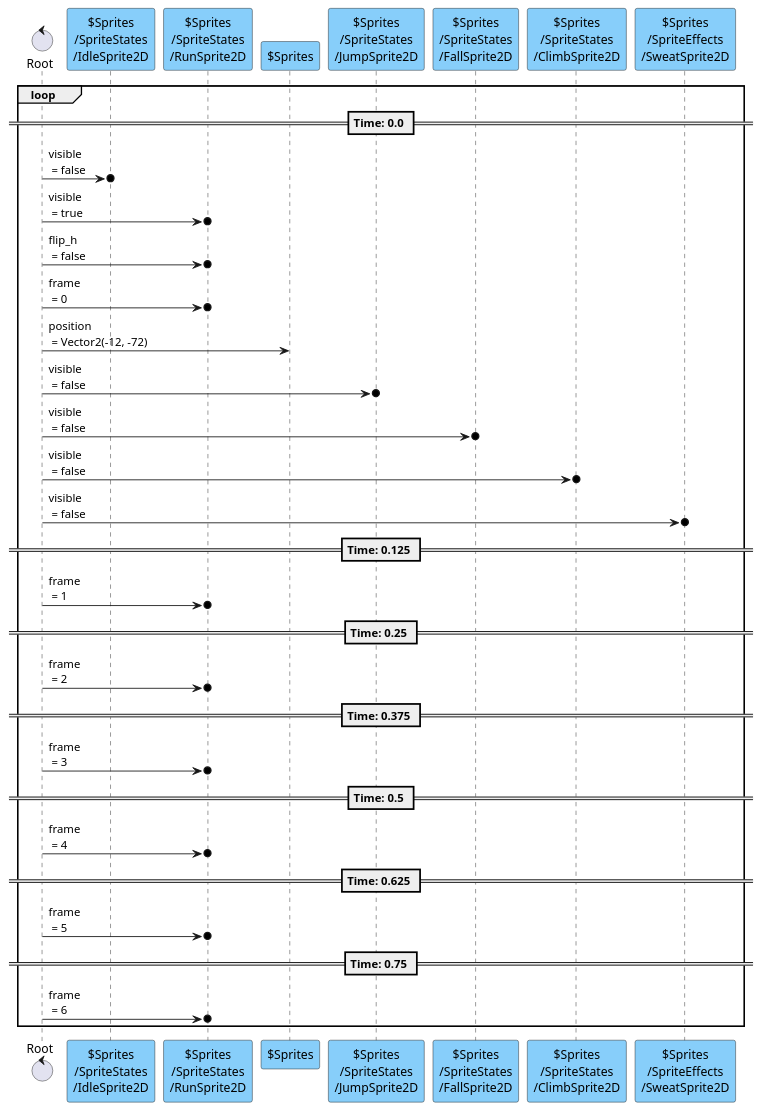
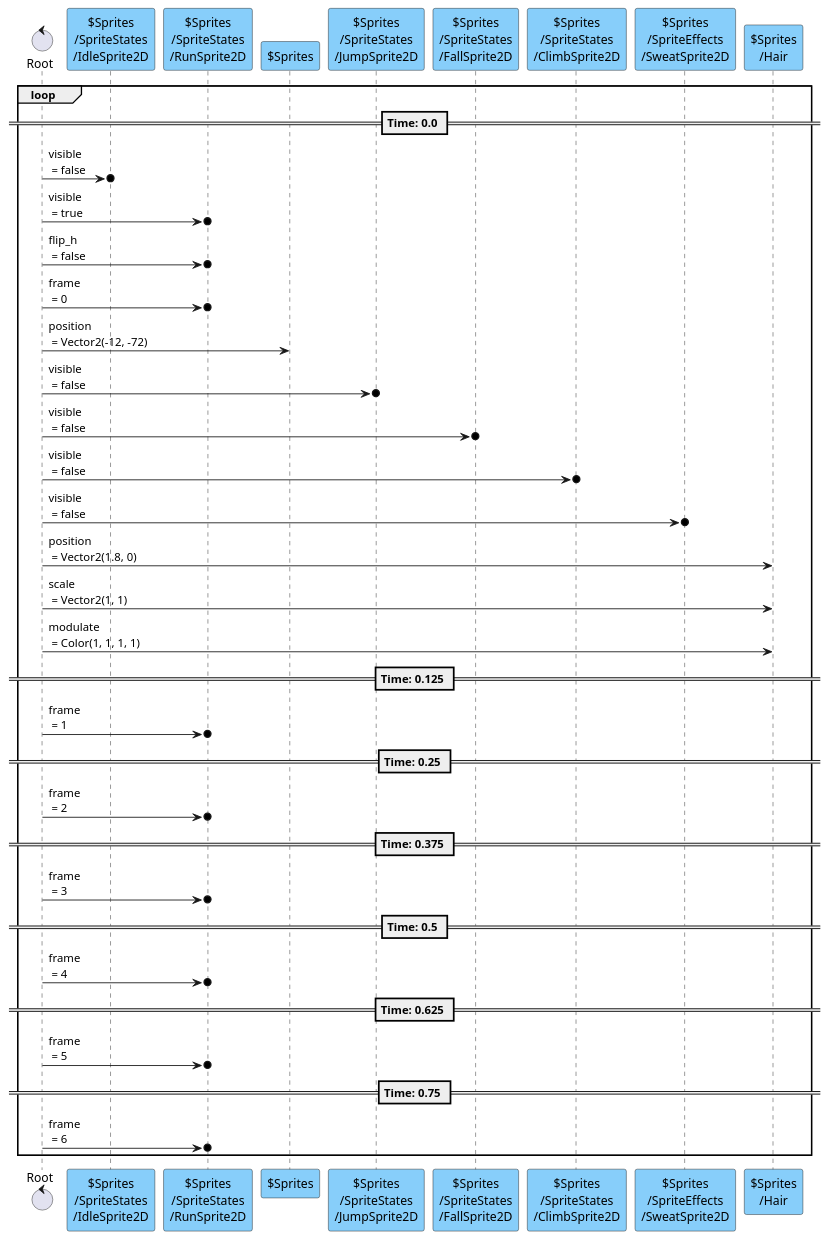
Diagram 12 of 13 in content/scenes/src/player/player.tscn.adoc (tkmfujise/Platformer-Game-Learning), drawn with PlantUML before and after one commit. The commit also changed other lines of this file and 317 other files, not shown here.

```diff
--- a/content/scenes/src/player/player.tscn.adoc
+++ b/content/scenes/src/player/player.tscn.adoc
@@ -1010,38 +1115,42 @@
 [plantuml]
 ....
 control "Root" as R
 participant "$Sprites\n/SpriteStates\n/IdleSprite2D" as T0 #87CEFA
 participant "$Sprites\n/SpriteStates\n/RunSprite2D" as T1 #87CEFA
 participant "$Sprites" as T4 #87CEFA
 participant "$Sprites\n/SpriteStates\n/JumpSprite2D" as T5 #87CEFA
 participant "$Sprites\n/SpriteStates\n/FallSprite2D" as T6 #87CEFA
 participant "$Sprites\n/SpriteStates\n/ClimbSprite2D" as T7 #87CEFA
 participant "$Sprites\n/SpriteEffects\n/SweatSprite2D" as T8 #87CEFA
+participant "$Sprites\n/Hair" as T9 #87CEFA
 
 
 loop
 == Time: 0.0 ==
 R  ->o  T0 : visible\n = false
 R  ->o  T1 : visible\n = true
 R  ->o  T1 : flip_h\n = false
 R  ->o  T1 : frame\n = 0
 R  ->  T4 : position\n = Vector2(-12, -72)
 R  ->o  T5 : visible\n = false
 R  ->o  T6 : visible\n = false
 R  ->o  T7 : visible\n = false
 R  ->o  T8 : visible\n = false
+R  ->  T9 : position\n = Vector2(1.8, 0)
+R  ->  T9 : scale\n = Vector2(1, 1)
+R  ->  T9 : modulate\n = Color(1, 1, 1, 1)
 == Time: 0.125 ==
 R  ->o  T1 : frame\n = 1
 == Time: 0.25 ==
 R  ->o  T1 : frame\n = 2
 == Time: 0.375 ==
 R  ->o  T1 : frame\n = 3
 == Time: 0.5 ==
 R  ->o  T1 : frame\n = 4
 == Time: 0.625 ==
 R  ->o  T1 : frame\n = 5
 == Time: 0.75 ==
 R  ->o  T1 : frame\n = 6
 
 end
 ....
```
